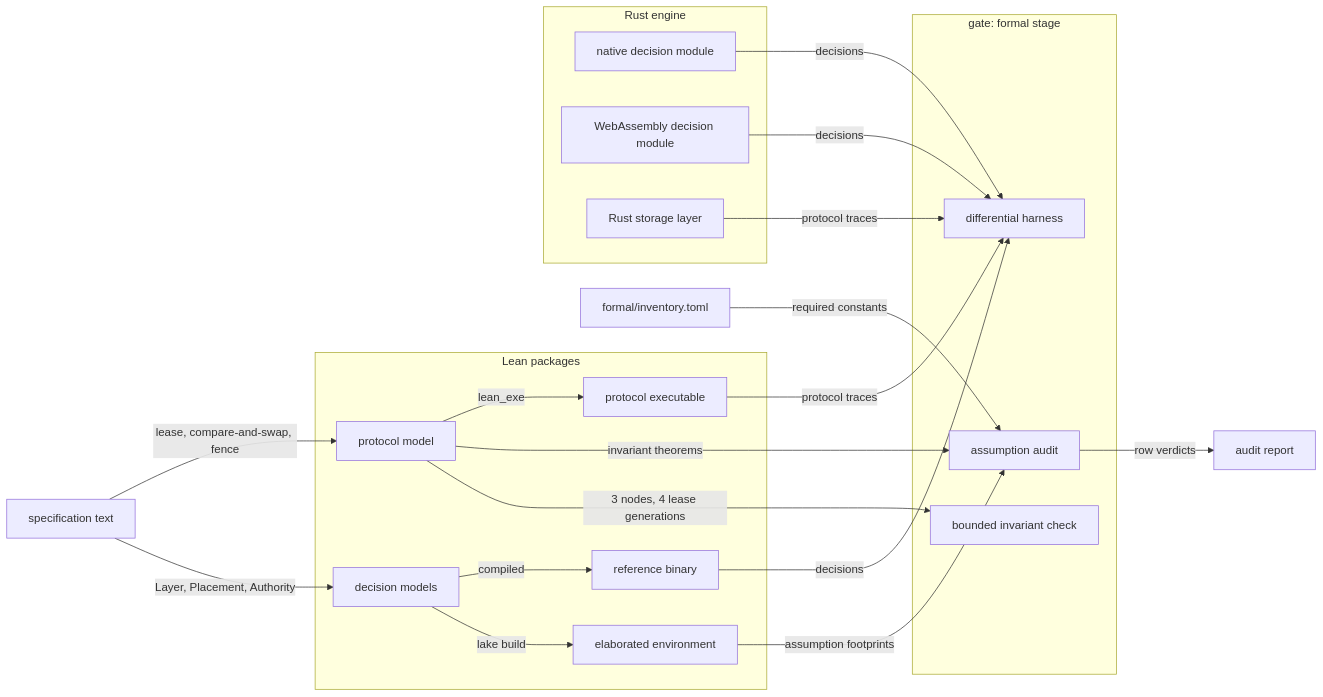
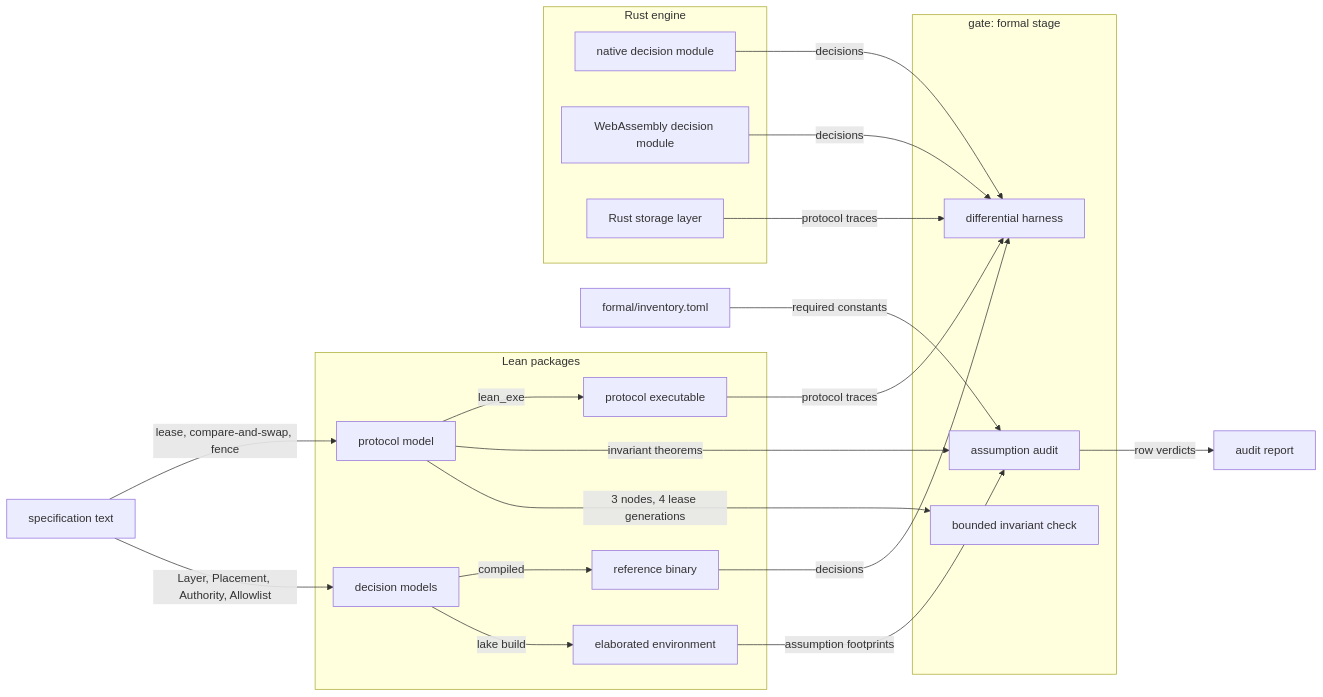
The first of 3 diagrams in spec/80-formal.md (fractalboxdev/contextful), drawn with Mermaid before and after one commit. The commit also changed other lines of this file and 5 other files, not shown here.

````diff
--- a/spec/80-formal.md
+++ b/spec/80-formal.md
@@ -22,38 +22,38 @@
 ```mermaid
 flowchart LR
   SPEC["specification text"]
   INV["formal/inventory.toml"]
   subgraph lean["Lean packages"]
     LEAN["decision models"]
     PROT["protocol model"]
     ENV["elaborated environment"]
     REF["reference binary"]
     PEXE["protocol executable"]
   end
   subgraph engine["Rust engine"]
     ENG["native decision module"]
     WASMB["WebAssembly decision module"]
     RUST["Rust storage layer"]
   end
   subgraph gate["gate: formal stage"]
     AUD["assumption audit"]
     DIFF["differential harness"]
     MC["bounded invariant check"]
   end
   REPORT["audit report"]
-  SPEC -->|"Layer, Placement, Authority"| LEAN
+  SPEC -->|"Layer, Placement, Authority, Allowlist"| LEAN
   SPEC -->|"lease, compare-and-swap, fence"| PROT
   LEAN -->|"lake build"| ENV
   INV -->|"required constants"| AUD
   ENV -->|"assumption footprints"| AUD
   AUD -->|"row verdicts"| REPORT
   LEAN -->|"compiled"| REF
   REF -->|"decisions"| DIFF
   ENG -->|"decisions"| DIFF
   WASMB -->|"decisions"| DIFF
   PROT -->|"3 nodes, 4 lease generations"| MC
   PROT -->|"invariant theorems"| AUD
   PROT -->|"lean_exe"| PEXE
   PEXE -->|"protocol traces"| DIFF
   RUST -->|"protocol traces"| DIFF
 ```
````
